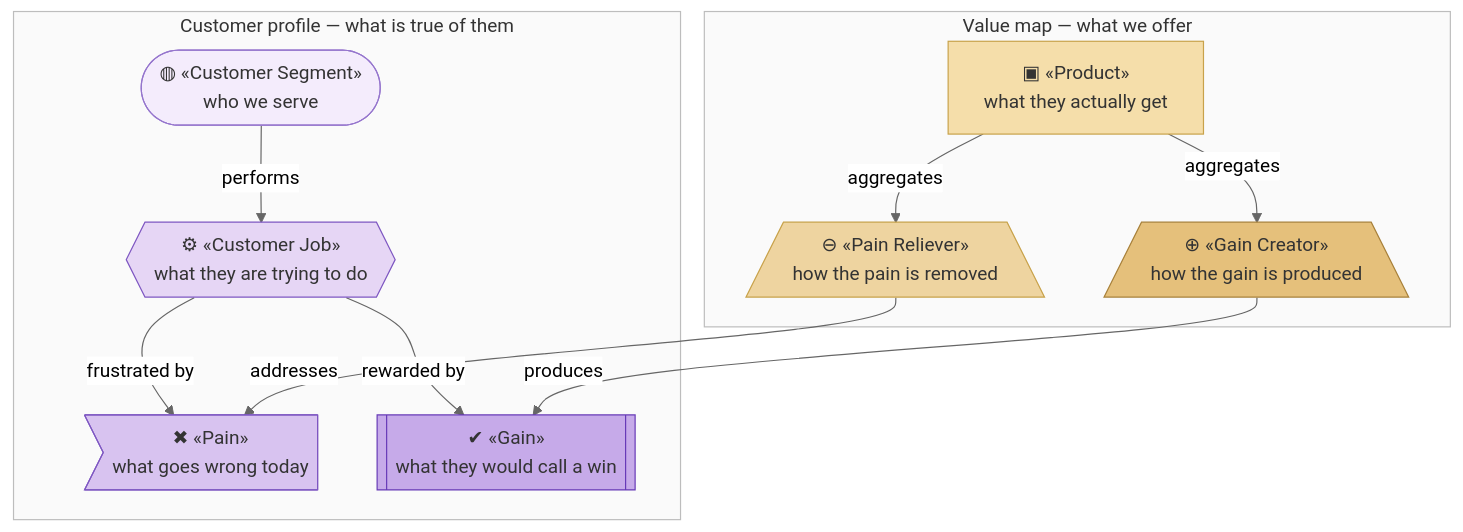
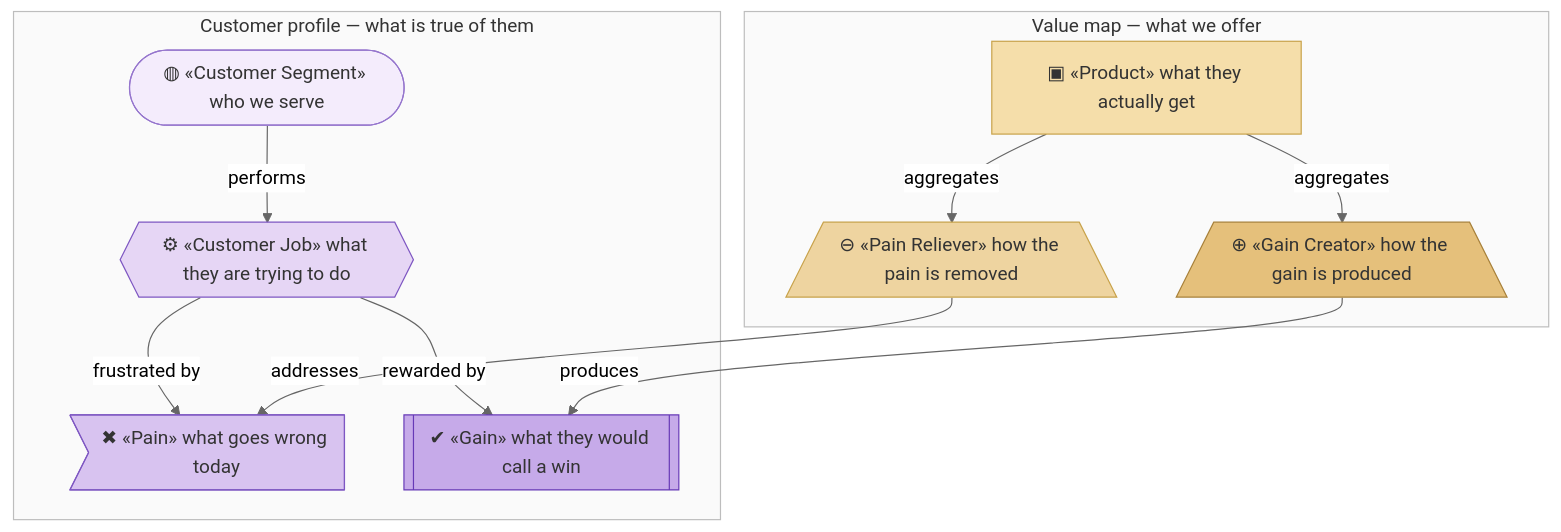
The first of 6 diagrams in org-archreator/architecture/0_business-design/1_value-proposition-canvas.md (roanboc/architecture-archreator), drawn with Mermaid (neutral theme) before and after one commit. The commit also changed other lines of this file and 38 other files, not shown here.

````diff
--- a/org-archreator/architecture/0_business-design/1_value-proposition-canvas.md
+++ b/org-archreator/architecture/0_business-design/1_value-proposition-canvas.md
@@ -19,33 +19,33 @@
 ```mermaid
 flowchart TB
   subgraph PROFILE["Customer profile — what is true of them"]
-    cs(["◍ «Customer Segment»<br>who we serve"]):::segment
-    job{{"⚙ «Customer Job»<br>what they are trying to do"}}:::job
-    pain>"✖ «Pain»<br>what goes wrong today"]:::pain
-    gain[["✔ «Gain»<br>what they would call a win"]]:::gain
+    cs(["◍ «Customer Segment» who we serve"]):::segment
+    job{{"⚙ «Customer Job» what they are trying to do"}}:::job
+    pain>"✖ «Pain» what goes wrong today"]:::pain
+    gain[["✔ «Gain» what they would call a win"]]:::gain
   end
 
   subgraph VALUEMAP["Value map — what we offer"]
-    prod["▣ «Product»<br>what they actually get"]:::product
-    prel[/"⊖ «Pain Reliever»<br>how the pain is removed"\]:::reliever
-    gcre[/"⊕ «Gain Creator»<br>how the gain is produced"\]:::creator
+    prod["▣ «Product» what they actually get"]:::product
+    prel[/"⊖ «Pain Reliever» how the pain is removed"\]:::reliever
+    gcre[/"⊕ «Gain Creator» how the gain is produced"\]:::creator
   end
 
   cs -->|performs| job
   job -->|frustrated by| pain
   job -->|rewarded by| gain
   prod -->|aggregates| prel
   prod -->|aggregates| gcre
   prel -->|addresses| pain
   gcre -->|produces| gain
 
   classDef segment fill:#f4ecfc,stroke:#9575cd,color:#333
   classDef job fill:#e6d6f5,stroke:#7e57c2,color:#333
   classDef pain fill:#d8c3f0,stroke:#7e57c2,color:#333
   classDef gain fill:#c6aae9,stroke:#673ab7,color:#333
   classDef product fill:#f5deaa,stroke:#c8a24a,color:#333
   classDef reliever fill:#eed4a0,stroke:#c8a24a,color:#333
   classDef creator fill:#e5c07b,stroke:#a8813a,color:#333
   style PROFILE fill:#fafafa,stroke:#bdbdbd,color:#333
   style VALUEMAP fill:#fafafa,stroke:#bdbdbd,color:#333
 ```
````
